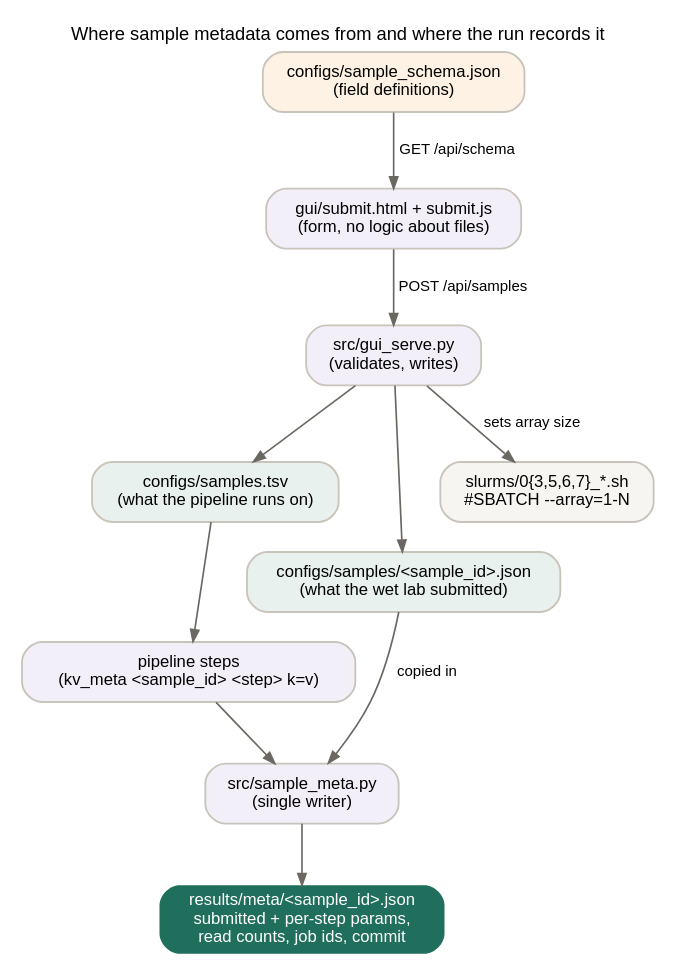
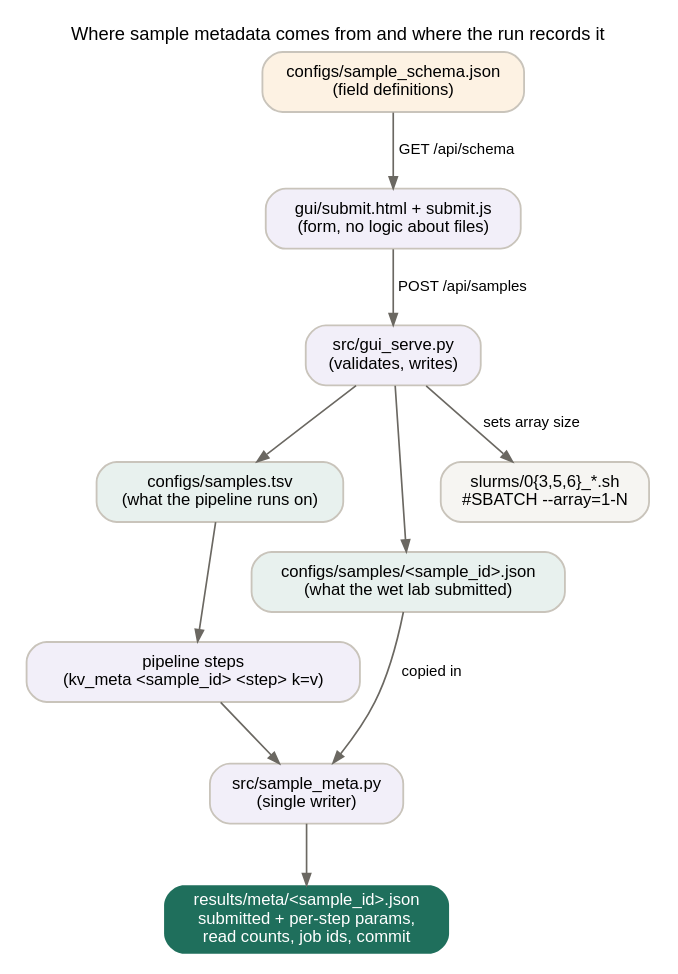
Before and after one commit to ssenci97/ONT-CRISPR-knock-in: the diagram in docs/diagrams/04_metadata.dot, drawn with Graphviz. The commit also changed 16 other files, not shown here.

```diff
--- a/docs/diagrams/04_metadata.dot
+++ b/docs/diagrams/04_metadata.dot
@@ -1,25 +1,25 @@
 digraph metadata {
   graph [rankdir=TB, bgcolor="white", fontname="Helvetica", fontsize=11, labelloc=t,
          label="Where sample metadata comes from and where the run records it"];
   node [fontname="Helvetica", fontsize=10, shape=box, style="rounded,filled", color="#c9c4bb", penwidth=1.1];
   edge [color="#6b6862", arrowsize=0.7];
 
   schema [label="configs/sample_schema.json\n(field definitions)", fillcolor="#fdf2e3"];
   form   [label="gui/submit.html + submit.js\n(form, no logic about files)", fillcolor="#f2eff9"];
   serve  [label="src/gui_serve.py\n(validates, writes)", fillcolor="#f2eff9"];
   sheet  [label="configs/samples.tsv\n(what the pipeline runs on)", fillcolor="#e8f1ee"];
   sjson  [label="configs/samples/<sample_id>.json\n(what the wet lab submitted)", fillcolor="#e8f1ee"];
 
   schema -> form [label="GET /api/schema", fontsize=9, fontname="Helvetica"];
   form -> serve [label="POST /api/samples", fontsize=9, fontname="Helvetica"];
   serve -> sheet; serve -> sjson;
   serve -> arrays [label="sets array size", fontsize=9, fontname="Helvetica"];
-  arrays [label="slurms/0{3,5,6,7}_*.sh\n#SBATCH --array=1-N", fillcolor="#f6f5f2"];
+  arrays [label="slurms/0{3,5,6}_*.sh\n#SBATCH --array=1-N", fillcolor="#f6f5f2"];
 
   steps [label="pipeline steps\n(kv_meta <sample_id> <step> k=v)", fillcolor="#f2eff9"];
   writer [label="src/sample_meta.py\n(single writer)", fillcolor="#f2eff9"];
   rjson [label="results/meta/<sample_id>.json\nsubmitted + per-step params,\nread counts, job ids, commit", fillcolor="#1f6f5c", fontcolor="white", penwidth=0];
 
   sheet -> steps; sjson -> writer [label="copied in", fontsize=9, fontname="Helvetica"];
   steps -> writer -> rjson;
 }
```
